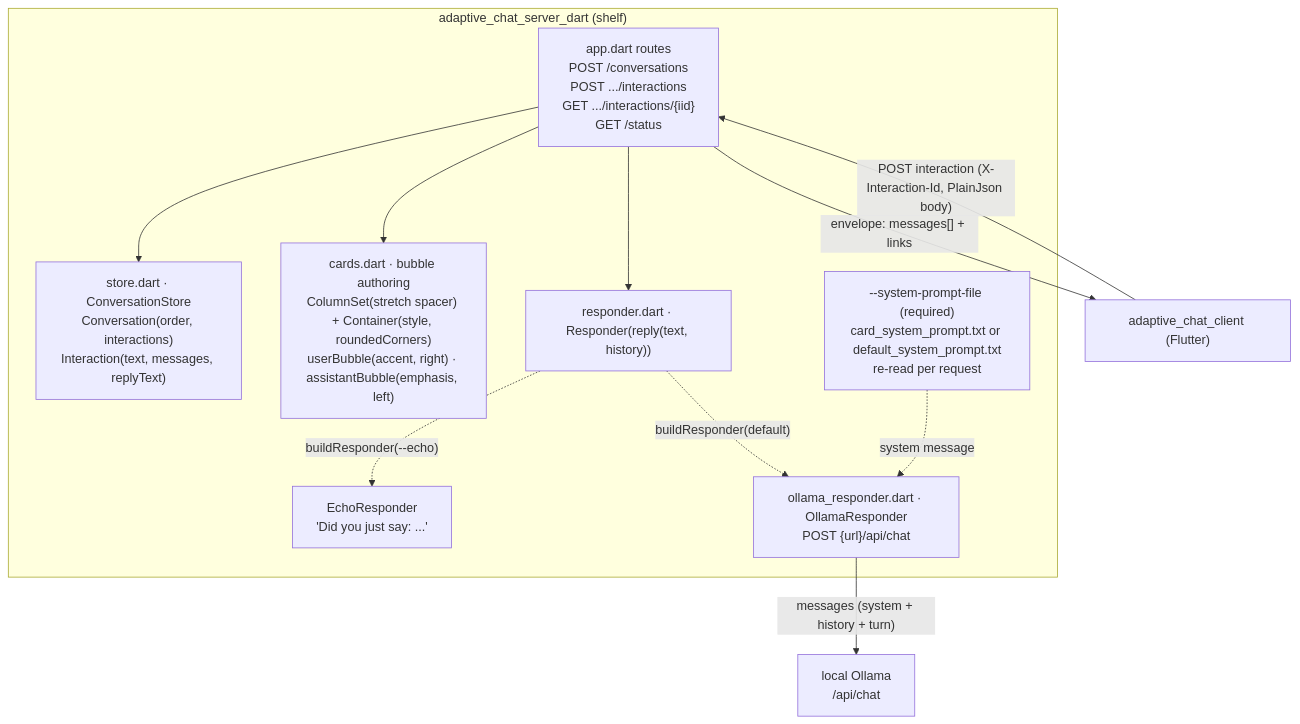
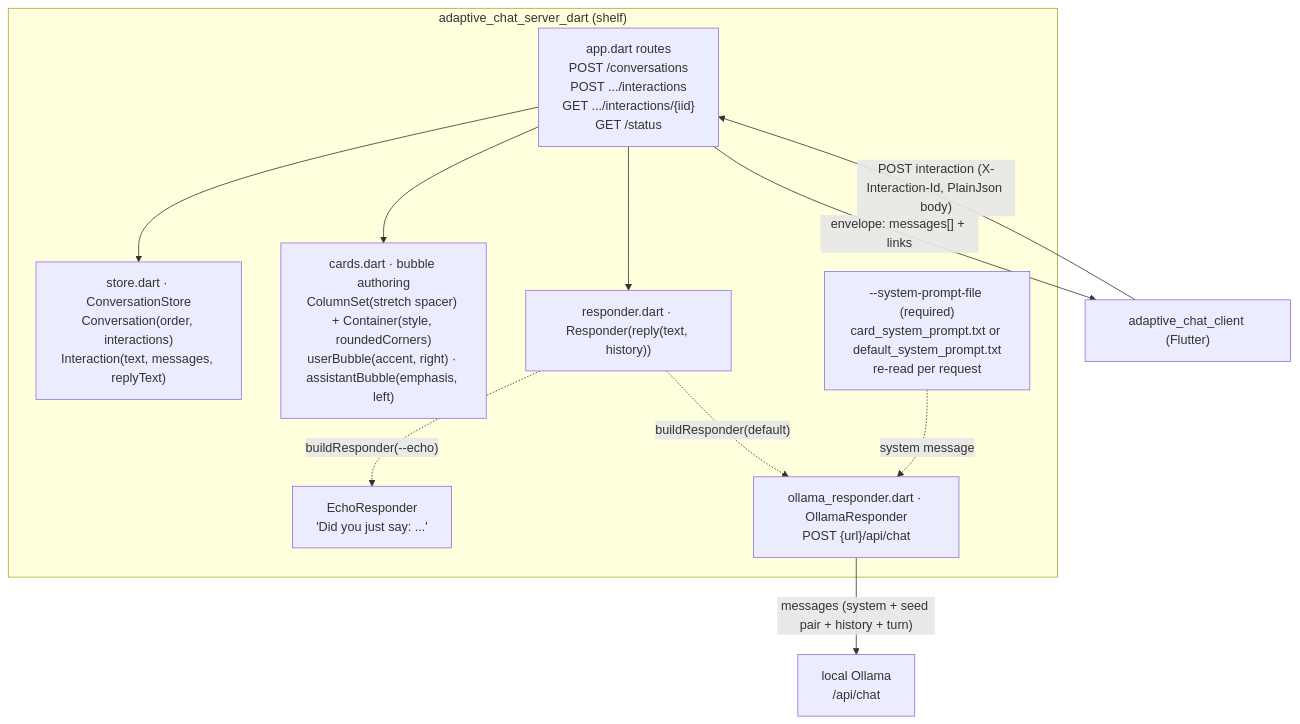
The first of 3 diagrams in adaptive_chat_server_dart/README.md (freemansoft/Flutter-AdaptiveCards), drawn with Mermaid before and after one commit. The commit also changed other lines of this file and 3 other files, not shown here.

````diff
--- a/adaptive_chat_server_dart/README.md
+++ b/adaptive_chat_server_dart/README.md
@@ -22,21 +22,21 @@
 ```mermaid
 flowchart TB
   subgraph server["adaptive_chat_server_dart (shelf)"]
     ROUTES["app.dart routes\nPOST /conversations\nPOST .../interactions\nGET .../interactions/{iid}\nGET /status"]
     STORE["store.dart · ConversationStore\nConversation(order, interactions)\nInteraction(text, messages, replyText)"]
     CARDS["cards.dart · bubble authoring\nColumnSet(stretch spacer) + Container(style, roundedCorners)\nuserBubble(accent, right) · assistantBubble(emphasis, left)"]
     RESP["responder.dart · Responder(reply(text, history))"]
     ECHO["EchoResponder\n'Did you just say: ...'"]
     OLLAMA["ollama_responder.dart · OllamaResponder\nPOST {url}/api/chat"]
     PROMPT["--system-prompt-file (required)\ncard_system_prompt.txt or default_system_prompt.txt\nre-read per request"]
     ROUTES --> STORE
     ROUTES --> CARDS
     ROUTES --> RESP
     RESP -. buildResponder(--echo) .-> ECHO
     RESP -. buildResponder(default) .-> OLLAMA
     PROMPT -. system message .-> OLLAMA
   end
   CLIENT["adaptive_chat_client (Flutter)"] -->|"POST interaction (X-Interaction-Id, PlainJson body)"| ROUTES
   ROUTES -->|"envelope: messages[] + links"| CLIENT
-  OLLAMA -->|"messages (system + history + turn)"| LLM["local Ollama\n/api/chat"]
+  OLLAMA -->|"messages (system + seed pair + history + turn)"| LLM["local Ollama\n/api/chat"]
 ```
````
